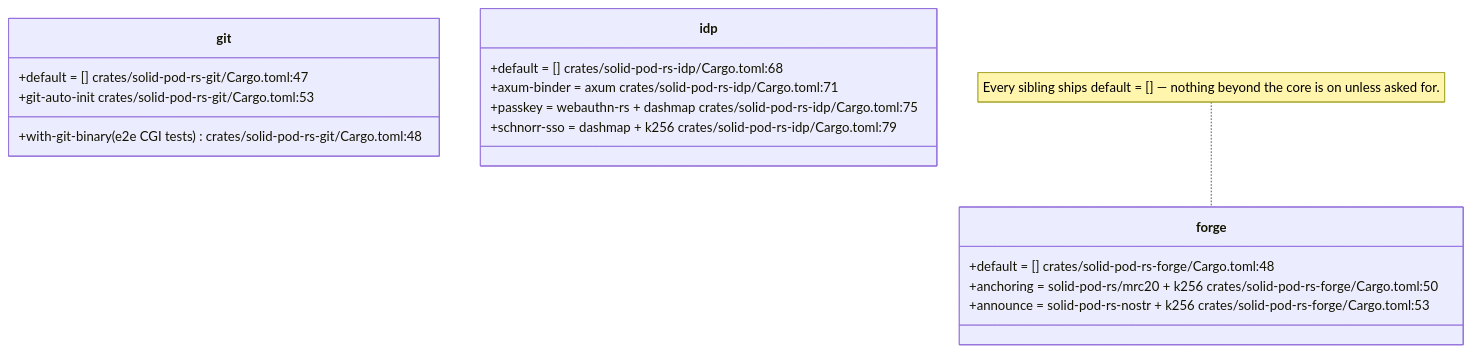
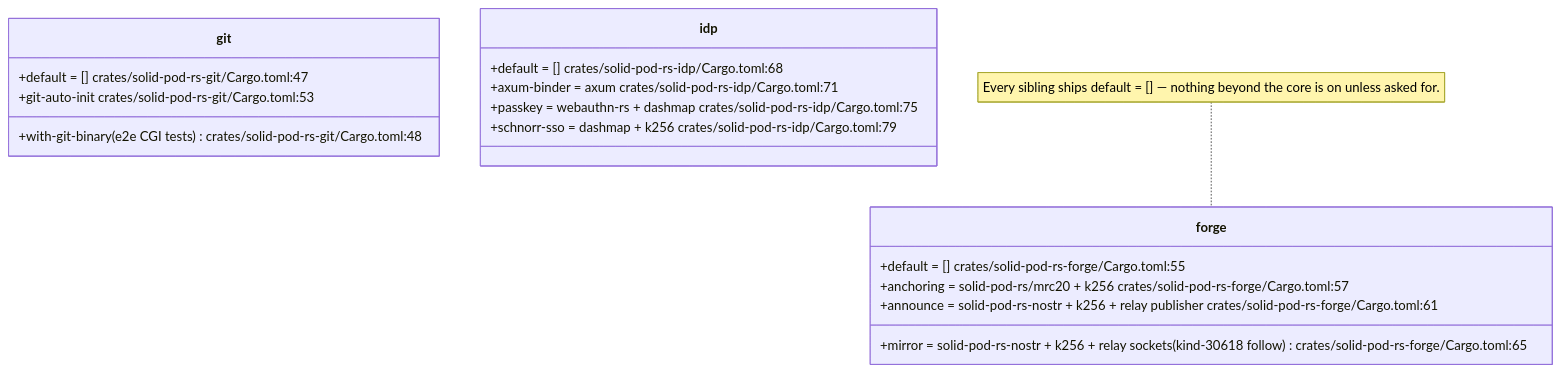
Before and after one commit to DreamLab-AI/VisionFlow: the eighth of 12 diagrams in docs/diagrams/solid-pod-rs/01-workspace-composition.md, drawn with Mermaid. The commit also changed other lines of this file and 160 other files, not shown here.

````diff
--- a/docs/diagrams/solid-pod-rs/01-workspace-composition.md
+++ b/docs/diagrams/solid-pod-rs/01-workspace-composition.md
@@ -233,20 +241,21 @@
 ```mermaid
 classDiagram
     class forge {
-        +default = []  crates/solid-pod-rs-forge/Cargo.toml:48
-        +anchoring = solid-pod-rs/mrc20 + k256  crates/solid-pod-rs-forge/Cargo.toml:50
-        +announce = solid-pod-rs-nostr + k256  crates/solid-pod-rs-forge/Cargo.toml:53
+        +default = []  crates/solid-pod-rs-forge/Cargo.toml:55
+        +anchoring = solid-pod-rs/mrc20 + k256  crates/solid-pod-rs-forge/Cargo.toml:57
+        +announce = solid-pod-rs-nostr + k256 + relay publisher  crates/solid-pod-rs-forge/Cargo.toml:61
+        +mirror = solid-pod-rs-nostr + k256 + relay sockets (kind-30618 follow)  crates/solid-pod-rs-forge/Cargo.toml:65
     }
     class git {
         +default = []  crates/solid-pod-rs-git/Cargo.toml:47
         +with-git-binary (e2e CGI tests)  crates/solid-pod-rs-git/Cargo.toml:48
         +git-auto-init  crates/solid-pod-rs-git/Cargo.toml:53
     }
     class idp {
         +default = []  crates/solid-pod-rs-idp/Cargo.toml:68
         +axum-binder = axum  crates/solid-pod-rs-idp/Cargo.toml:71
         +passkey = webauthn-rs + dashmap  crates/solid-pod-rs-idp/Cargo.toml:75
         +schnorr-sso = dashmap + k256  crates/solid-pod-rs-idp/Cargo.toml:79
     }
     note for forge "Every sibling ships default = [] — nothing beyond the core is on unless asked for."
 ```
````
